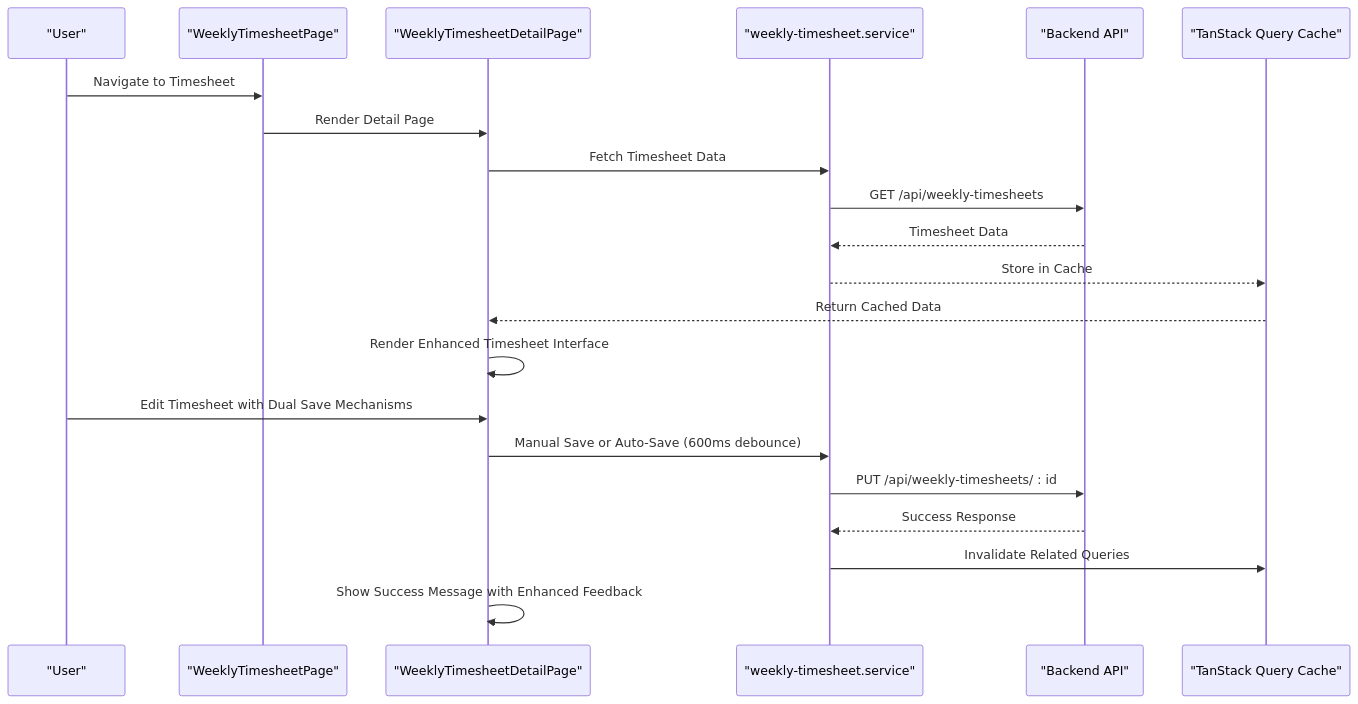
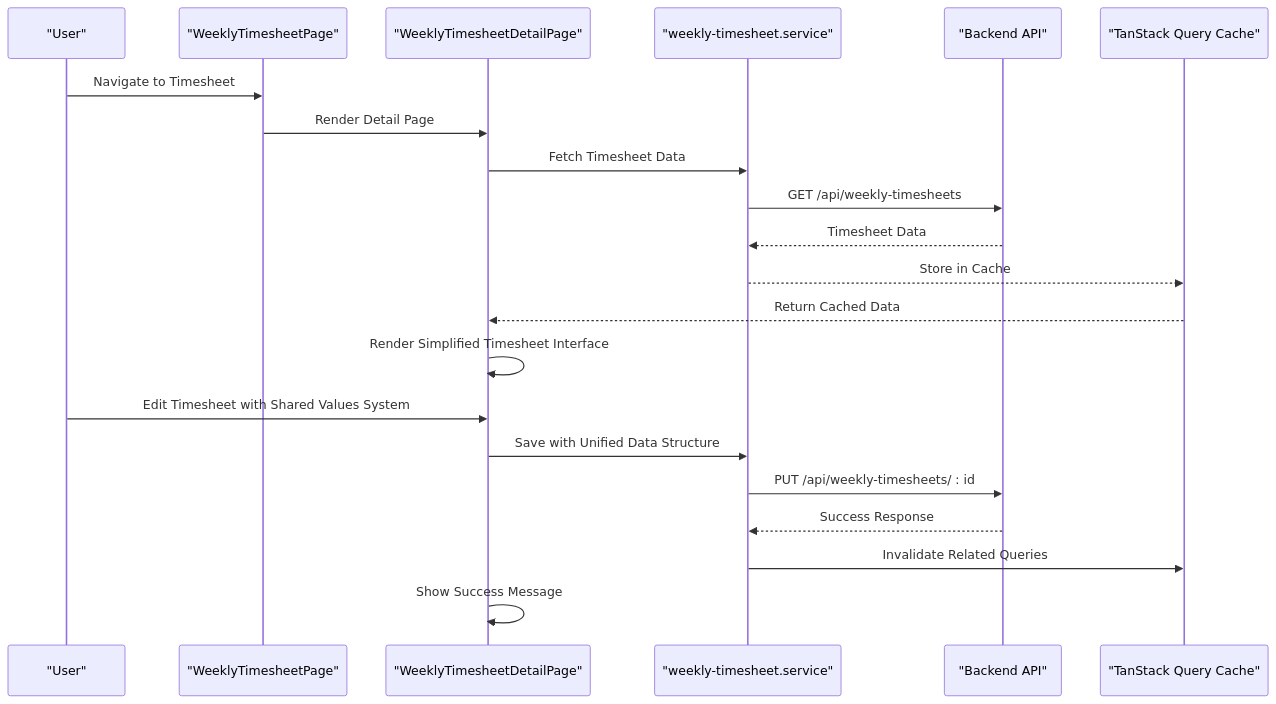
One commit to RobertRuas/windlog changed the second of 6 diagrams in .qoder/repowiki/en/content/Arquitetura Frontend/Timesheet Semanal - Interface Frontend.md. Above: the diagram before and after it, drawn with Mermaid. The commit also changed other lines of this file and 100 other files, not shown here.

````diff
--- a/.qoder/repowiki/en/content/Arquitetura Frontend/Timesheet Semanal - Interface Frontend.md
+++ b/.qoder/repowiki/en/content/Arquitetura Frontend/Timesheet Semanal - Interface Frontend.md
@@ -121,23 +121,23 @@
 ```mermaid
 sequenceDiagram
 participant User as "User"
 participant Page as "WeeklyTimesheetPage"
 participant Detail as "WeeklyTimesheetDetailPage"
 participant Service as "weekly-timesheet.service"
 participant API as "Backend API"
 participant Cache as "TanStack Query Cache"
 User->>Page : Navigate to Timesheet
 Page->>Detail : Render Detail Page
 Detail->>Service : Fetch Timesheet Data
 Service->>API : GET /api/weekly-timesheets
 API-->>Service : Timesheet Data
 Service-->>Cache : Store in Cache
 Cache-->>Detail : Return Cached Data
-Detail->>Detail : Render Enhanced Timesheet Interface
-User->>Detail : Edit Timesheet with Dual Save Mechanisms
-Detail->>Service : Manual Save or Auto-Save (600ms debounce)
+Detail->>Detail : Render Simplified Timesheet Interface
+User->>Detail : Edit Timesheet with Shared Values System
+Detail->>Service : Save with Unified Data Structure
 Service->>API : PUT /api/weekly-timesheets/ : id
 API-->>Service : Success Response
 Service->>Cache : Invalidate Related Queries
-Detail->>Detail : Show Success Message with Enhanced Feedback
+Detail->>Detail : Show Success Message
 ```
````
